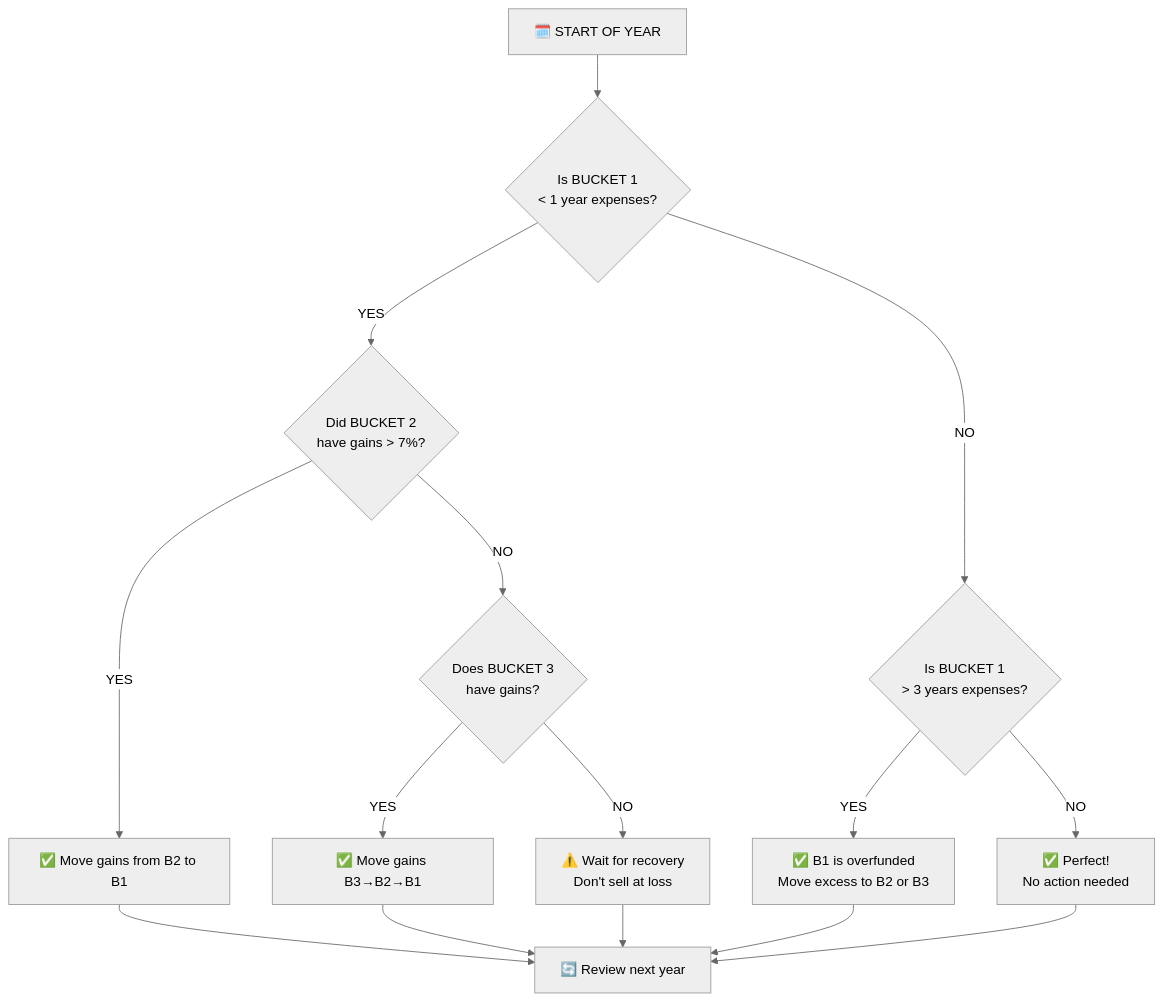
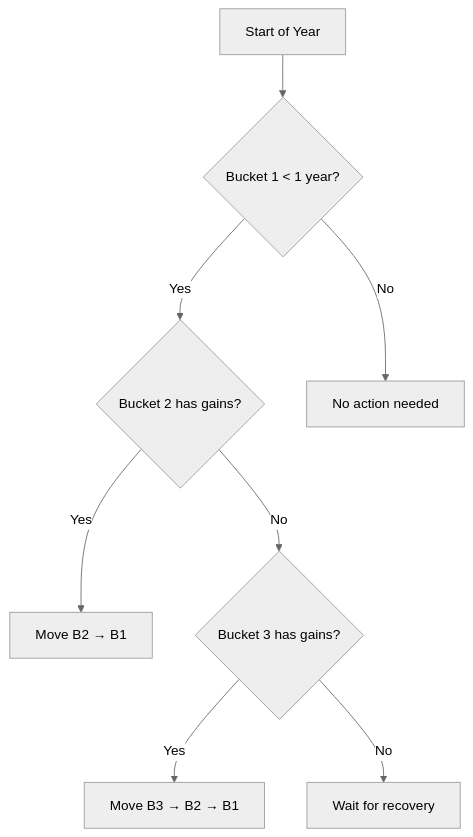
The third of 4 diagrams in finances/three_bucket_investment_strategy.md (naren-m/literature-notes), drawn with Mermaid (neutral theme) before and after one commit. The commit also changed other lines of this file, not shown here.

````diff
--- a/finances/three_bucket_investment_strategy.md
+++ b/finances/three_bucket_investment_strategy.md
@@ -346,22 +123,10 @@
 ```mermaid
 flowchart TB
-    START["🗓️ START OF YEAR"] --> CHECK1{"Is BUCKET 1<br/>< 1 year expenses?"}
-    
-    CHECK1 -->|YES| CHECK2{"Did BUCKET 2<br/>have gains > 7%?"}
-    CHECK1 -->|NO| CHECK3{"Is BUCKET 1<br/>> 3 years expenses?"}
-    
-    CHECK2 -->|YES| ACTION1["✅ Move gains from B2 to B1"]
-    CHECK2 -->|NO| CHECK4{"Does BUCKET 3<br/>have gains?"}
-    
-    CHECK4 -->|YES| ACTION2["✅ Move gains B3→B2→B1"]
-    CHECK4 -->|NO| ACTION3["⚠️ Wait for recovery<br/>Don't sell at loss"]
-    
-    CHECK3 -->|YES| ACTION4["✅ B1 is overfunded<br/>Move excess to B2 or B3"]
-    CHECK3 -->|NO| ACTION5["✅ Perfect!<br/>No action needed"]
-    
-    ACTION1 --> END["🔄 Review next year"]
-    ACTION2 --> END
-    ACTION3 --> END
-    ACTION4 --> END
-    ACTION5 --> END
+    START["Start of Year"] --> Q1{"Bucket 1 < 1 year?"}
+    Q1 -->|Yes| Q2{"Bucket 2 has gains?"}
+    Q1 -->|No| DONE["No action needed"]
+    Q2 -->|Yes| A1["Move B2 → B1"]
+    Q2 -->|No| Q3{"Bucket 3 has gains?"}
+    Q3 -->|Yes| A2["Move B3 → B2 → B1"]
+    Q3 -->|No| WAIT["Wait for recovery"]
 ```
````
